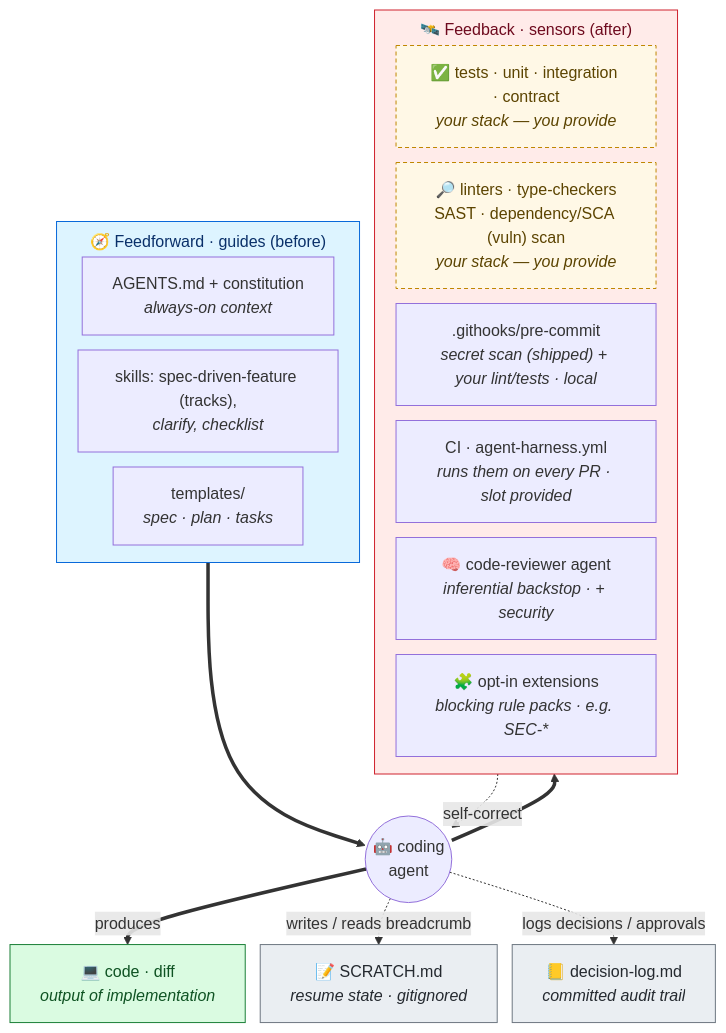
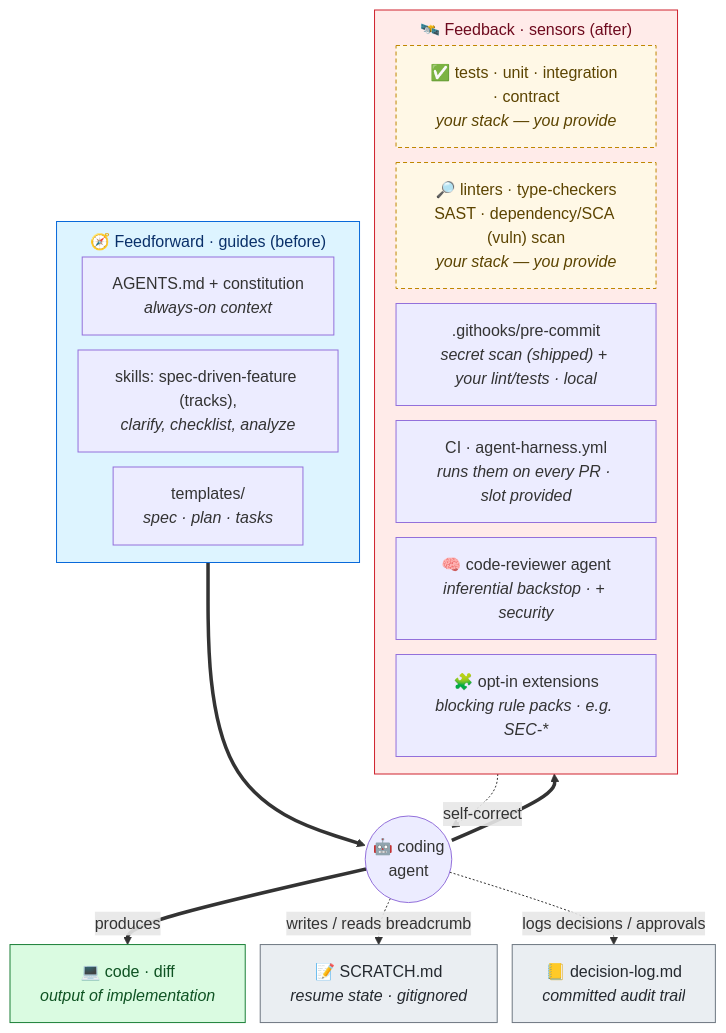
The second of 2 diagrams in README.md (saptarshibasu/spec-driven-development), drawn with Mermaid before and after one commit. The commit also changed other lines of this file and 12 other files, not shown here.

````diff
--- a/README.md
+++ b/README.md
@@ -85,33 +91,33 @@
 ```mermaid
 %%{init: {'flowchart': {'nodeSpacing': 15, 'rankSpacing': 18, 'subGraphTitleMargin': {'top': 8, 'bottom': 10}}}}%%
 flowchart TB
     subgraph FF["🧭 Feedforward · guides (before)"]
         direction LR
         A["AGENTS.md + constitution<br/><i>always-on context</i>"]
-        SK["skills: spec-driven-feature (tracks),<br/><i>clarify, checklist</i>"]
+        SK["skills: spec-driven-feature (tracks),<br/><i>clarify, checklist, analyze</i>"]
         TPL["templates/<br/><i>spec · plan · tasks</i>"]
     end
     subgraph FB["🛰️ Feedback · sensors (after)"]
         direction LR
         TS["✅ tests · unit · integration · contract<br/><i>your stack — you provide</i>"]:::byo
         SA["🔎 linters · type-checkers<br/>SAST · dependency/SCA (vuln) scan<br/><i>your stack — you provide</i>"]:::byo
         HK[".githooks/pre-commit<br/><i>secret scan (shipped) + your lint/tests · local</i>"]
         CI["CI · agent-harness.yml<br/><i>runs them on every PR · slot provided</i>"]
         AG["🧠 code-reviewer agent<br/><i>inferential backstop · + security</i>"]
         EX["🧩 opt-in extensions<br/><i>blocking rule packs · e.g. SEC-*</i>"]
     end
     FF ==> AGENT(("🤖 coding<br/>agent"))
     AGENT ==> FB
     AGENT ==>|produces| CODE["💻 code · diff<br/><i>output of implementation</i>"]:::out
     FB -. self-correct .-> AGENT
     AGENT -. writes / reads breadcrumb .-> SC["📝 SCRATCH.md<br/><i>resume state · gitignored</i>"]:::cont
     AGENT -. logs decisions / approvals .-> DL2["📒 decision-log.md<br/><i>committed audit trail</i>"]:::cont
 
     classDef ff fill:#ddf4ff,stroke:#0969da,color:#0a3069
     classDef fb fill:#ffebe9,stroke:#cf222e,color:#6e0a1e
     classDef cont fill:#eaeef2,stroke:#6e7781,color:#24292f
     classDef byo fill:#fff8e6,stroke:#bf8700,color:#5c4400,stroke-dasharray:4 3
     classDef out fill:#dafbe1,stroke:#1a7f37,color:#0f5323
     class FF ff
     class FB fb
 ```
````
